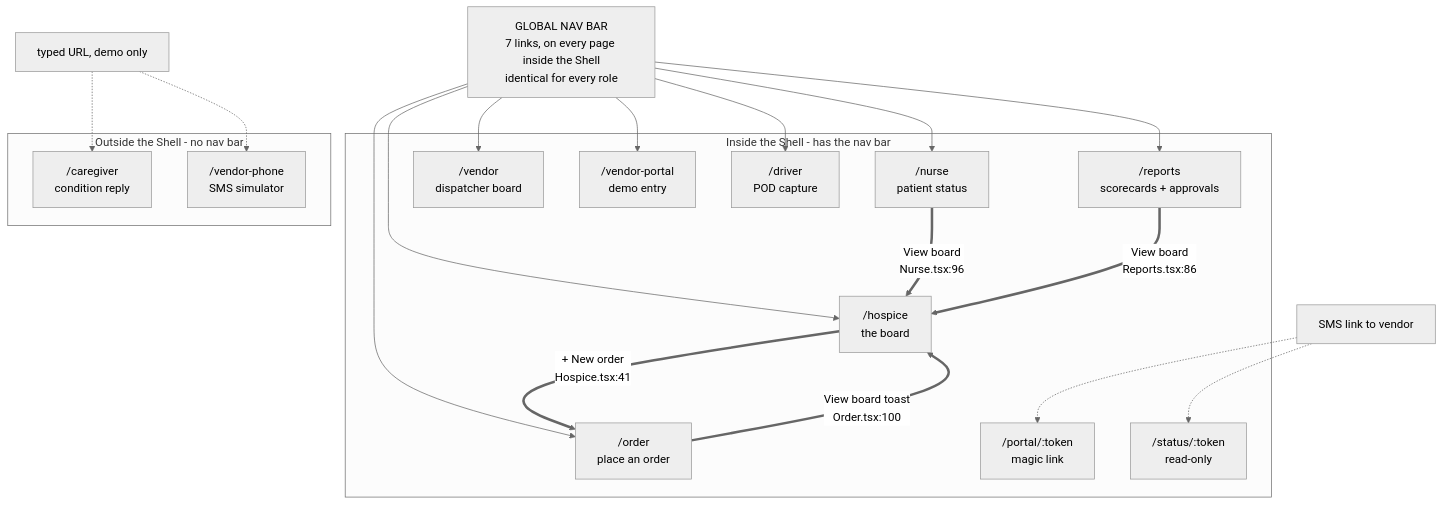
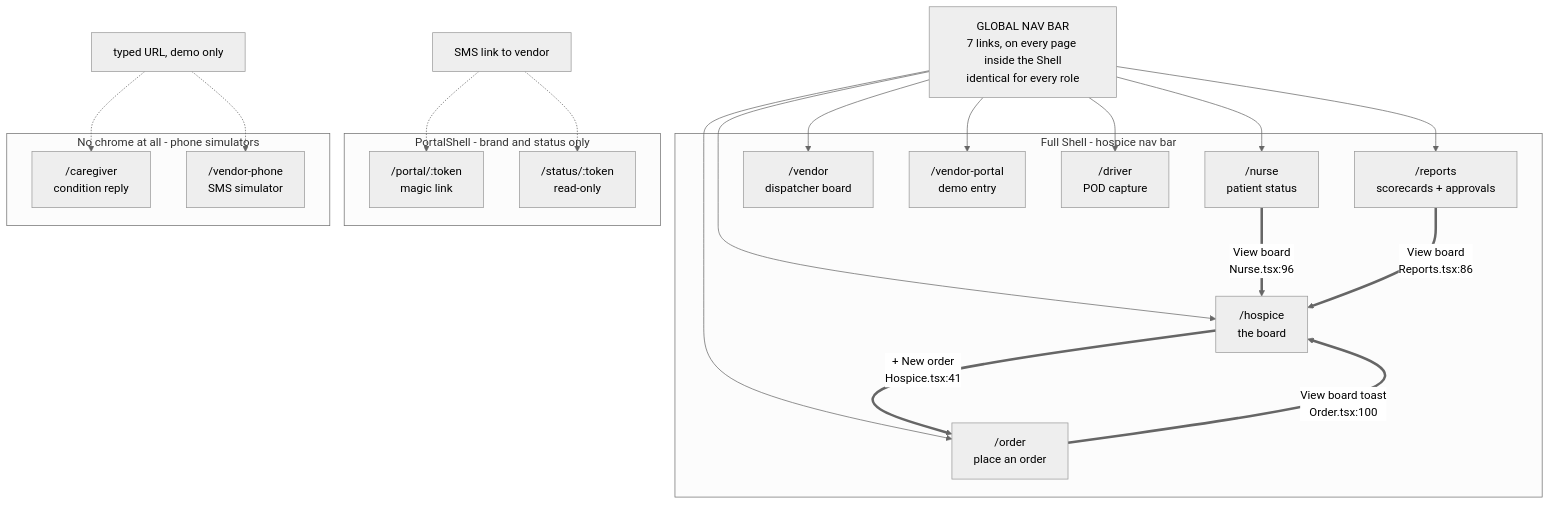
The first of 6 diagrams in docs/UX-FLOWS.md (kr3wangel/betterrx-hackathon-2026), drawn with Mermaid (neutral theme) before and after one commit. The commit also changed other lines of this file and 1 other file, not shown here.

First line of the commit message:
feat(client): PortalShell for magic links, Field Nurse gets the board

````diff
--- a/docs/UX-FLOWS.md
+++ b/docs/UX-FLOWS.md
@@ -72,39 +73,42 @@
 ```mermaid
 graph TD
   NAV["GLOBAL NAV BAR<br/>7 links, on every page inside the Shell<br/>identical for every role"]
 
-  subgraph Inside the Shell - has the nav bar
+  subgraph Full Shell - hospice nav bar
     BOARD["/hospice<br/>the board"]
     ORDER["/order<br/>place an order"]
     NURSE["/nurse<br/>patient status"]
     REPORTS["/reports<br/>scorecards + approvals"]
     VBOARD["/vendor<br/>dispatcher board"]
     VPORTAL["/vendor-portal<br/>demo entry"]
     DRIVER["/driver<br/>POD capture"]
+  end
+
+  subgraph PortalShell - brand and status only
     PORTAL["/portal/:token<br/>magic link"]
     VSTATUS["/status/:token<br/>read-only"]
   end
 
-  subgraph Outside the Shell - no nav bar
+  subgraph No chrome at all - phone simulators
     CARE["/caregiver<br/>condition reply"]
     VPHONE["/vendor-phone<br/>SMS simulator"]
   end
 
   NAV --> BOARD
   NAV --> ORDER
   NAV --> NURSE
   NAV --> REPORTS
   NAV --> VBOARD
   NAV --> VPORTAL
   NAV --> DRIVER
 
   BOARD ==>|"+ New order<br/>Hospice.tsx:41"| ORDER
   ORDER ==>|"View board toast<br/>Order.tsx:100"| BOARD
   NURSE ==>|"View board<br/>Nurse.tsx:96"| BOARD
   REPORTS ==>|"View board<br/>Reports.tsx:86"| BOARD
 
   SMS["SMS link to vendor"] -.-> PORTAL
   SMS -.-> VSTATUS
   TYPED["typed URL, demo only"] -.-> CARE
   TYPED -.-> VPHONE
 ```
````
